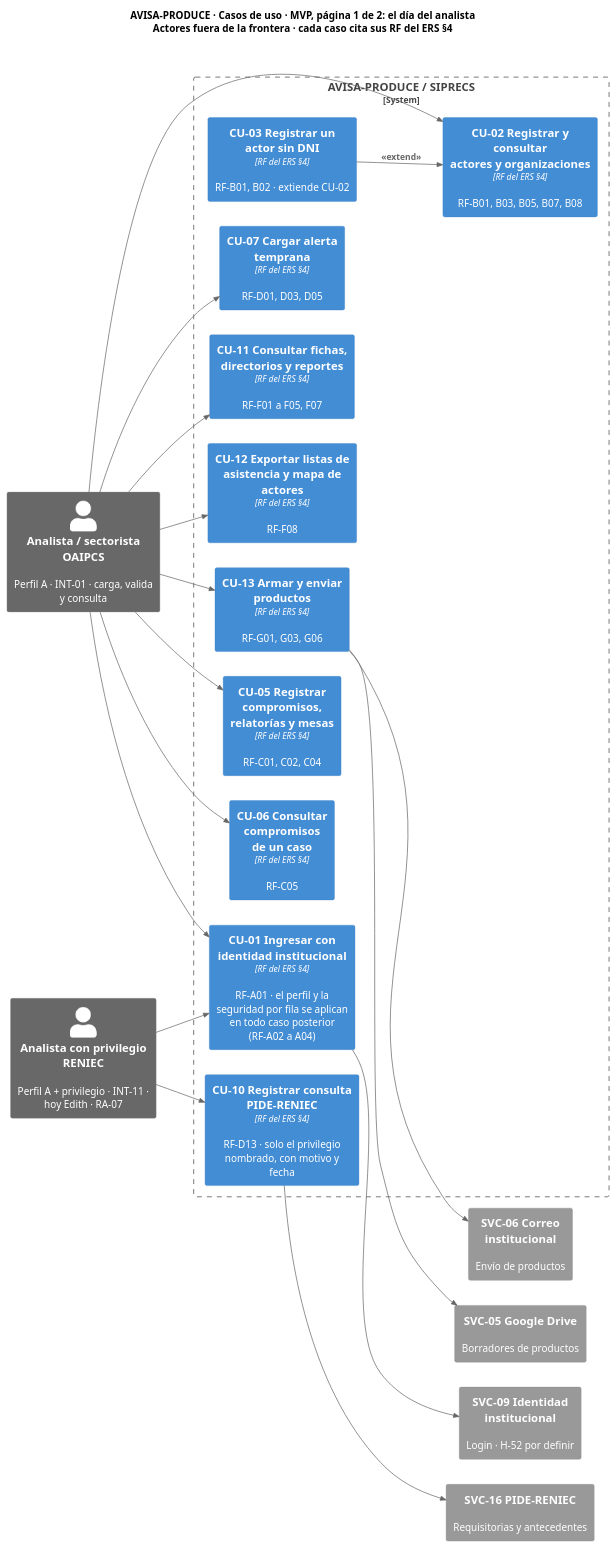
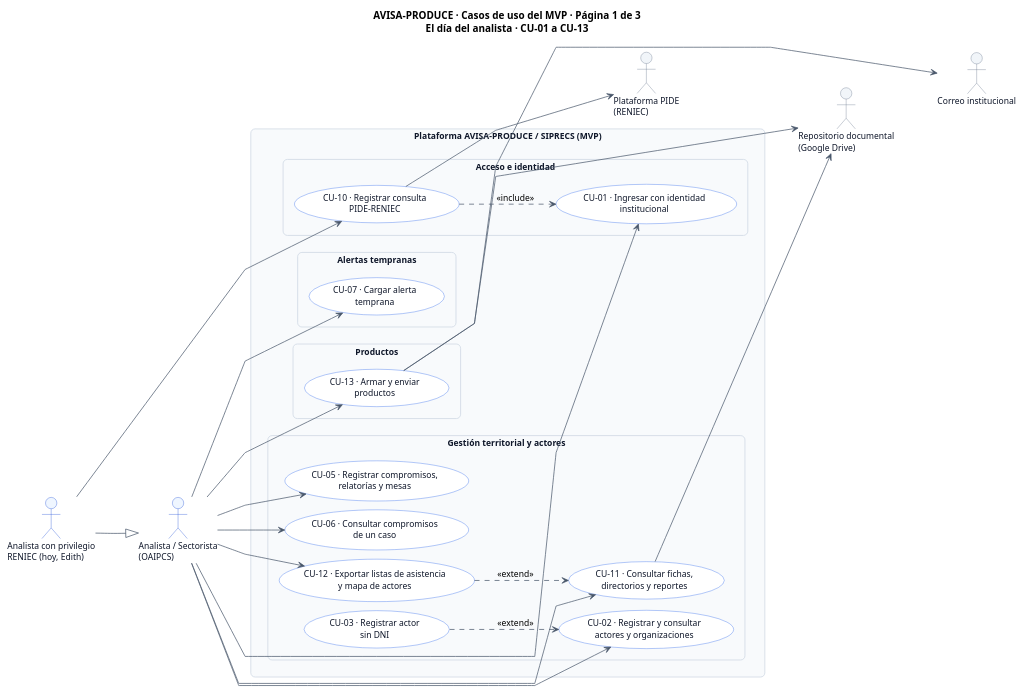
One commit to diegopaucarv/avisa changed the first of 3 diagrams in docs/casos_uso/AVISA_CASOS_USO.puml. Above: the diagram before and after it, drawn with PlantUML. The commit also changed other lines of this file and 32 other files, not shown here.

```diff
--- a/docs/casos_uso/AVISA_CASOS_USO.puml
+++ b/docs/casos_uso/AVISA_CASOS_USO.puml
@@ -36,50 +22,125 @@
 @startuml AVISA_CU_MVP_DIA
-!include <C4/C4_Container>
-LAYOUT_LEFT_RIGHT()
-HIDE_STEREOTYPE()
+left to right direction
 skinparam shadowing false
+skinparam roundcorner 12
+skinparam linetype polyline
+skinparam packageStyle rectangle
+skinparam defaultFontName Arial
+skinparam defaultFontSize 12
+skinparam nodesep 12
+skinparam ranksep 60
 
-title AVISA-PRODUCE · Casos de uso · MVP, página 1 de 2: el día del analista\nActores fuera de la frontera · cada caso cita sus RF del ERS §4
-
-' ACTORES (personas, externas al sistema)
-Person_Ext(analista, "Analista / sectorista OAIPCS", "Perfil A · INT-01 · carga, valida y consulta")
-Person_Ext(reniec, "Analista con privilegio RENIEC", "Perfil A + privilegio · INT-11 · hoy Edith · RA-07")
-
-' FRONTERA DEL SISTEMA
-System_Boundary(sis, "AVISA-PRODUCE / SIPRECS") {
-  Container(cu01, "CU-01 Ingresar con\nidentidad institucional", "RF del ERS §4", "RF-A01 · el perfil y la seguridad por fila se aplican en todo caso posterior (RF-A02 a A04)")
-  Container(cu02, "CU-02 Registrar y consultar\nactores y organizaciones", "RF del ERS §4", "RF-B01, B03, B05, B07, B08")
-  Container(cu03, "CU-03 Registrar un\nactor sin DNI", "RF del ERS §4", "RF-B01, B02 · extiende CU-02")
-  Container(cu05, "CU-05 Registrar compromisos,\nrelatorías y mesas", "RF del ERS §4", "RF-C01, C02, C04")
-  Container(cu06, "CU-06 Consultar compromisos\nde un caso", "RF del ERS §4", "RF-C05")
-  Container(cu07, "CU-07 Cargar alerta temprana", "RF del ERS §4", "RF-D01, D03, D05")
-  Container(cu10, "CU-10 Registrar consulta\nPIDE-RENIEC", "RF del ERS §4", "RF-D13 · solo el privilegio nombrado, con motivo y fecha")
-  Container(cu11, "CU-11 Consultar fichas,\ndirectorios y reportes", "RF del ERS §4", "RF-F01 a F05, F07")
-  Container(cu12, "CU-12 Exportar listas de\nasistencia y mapa de actores", "RF del ERS §4", "RF-F08")
-  Container(cu13, "CU-13 Armar y enviar productos", "RF del ERS §4", "RF-G01, G03, G06")
+skinparam rectangle {
+  BackgroundColor #FFFFFF
+  BorderColor #64748B
+  FontColor #0F172A
+  FontStyle bold
+}
+skinparam package {
+  BackgroundColor #F8FAFC
+  BorderColor #CBD5E1
+  BorderStyle dashed
+  FontColor #475569
+  FontStyle bold
+}
+skinparam usecase {
+  BackgroundColor #FFFFFF
+  BorderColor #2563EB
+  FontColor #0F172A
+  ArrowColor #475569
+}
+skinparam actor {
+  BackgroundColor #EFF6FF
+  BorderColor #1D4ED8
+  FontColor #0F172A
 }
 
-' ACTORES SECUNDARIOS (servicios)
-System_Ext(svc09, "SVC-09 Identidad institucional", "Login · H-52 por definir")
-System_Ext(svc16, "SVC-16 PIDE-RENIEC", "Requisitorias y antecedentes")
-System_Ext(svc05, "SVC-05 Google Drive", "Borradores de productos")
-System_Ext(svc06, "SVC-06 Correo institucional", "Envío de productos")
+title AVISA-PRODUCE · Casos de uso del MVP · Página 1 de 3\nEl día del analista · CU-01 a CU-13
 
-' ASOCIACIONES
-Rel(analista, cu01, "")
-Rel(reniec, cu01, "")
-Rel(analista, cu02, "")
-Rel(analista, cu05, "")
-Rel(analista, cu06, "")
-Rel(analista, cu07, "")
-Rel(analista, cu11, "")
-Rel(analista, cu12, "")
-Rel(analista, cu13, "")
-Rel(reniec, cu10, "")
+' =========================================================
+' 1. ACTORES PRIMARIOS (Izquierda)
+' =========================================================
+actor "Analista / Sectorista\n(OAIPCS)" as analista #EFF6FF;line:1D4ED8
+actor "Analista con privilegio\nRENIEC (hoy, Edith)" as reniec #EFF6FF;line:1D4ED8
 
-Rel(cu03, cu02, "«extend»")
-Rel(cu01, svc09, "")
-Rel(cu10, svc16, "")
-Rel(cu13, svc05, "")
-Rel(cu13, svc06, "")
+' Herencia de roles: un solo CU-01 sirve a todos los perfiles
+reniec --|> analista
+
+reniec -[hidden]down-> analista
+
+' =========================================================
+' 2. FRONTERA DEL SISTEMA
+' =========================================================
+rectangle "Plataforma AVISA-PRODUCE / SIPRECS (MVP)" {
+
+  package "Acceso e identidad" {
+    usecase "CU-01 · Ingresar con identidad\ninstitucional" as uc_login
+    usecase "CU-10 · Registrar consulta\nPIDE-RENIEC" as uc_pide
+  }
+
+  package "Gestión territorial y actores" {
+    usecase "CU-02 · Registrar y consultar\nactores y organizaciones" as uc_actores
+    usecase "CU-03 · Registrar actor\nsin DNI" as uc_sin_dni
+    usecase "CU-05 · Registrar compromisos,\nrelatorías y mesas" as uc_compromisos
+    usecase "CU-06 · Consultar compromisos\nde un caso" as uc_cons_comp
+    usecase "CU-11 · Consultar fichas,\ndirectorios y reportes" as uc_reportes
+    usecase "CU-12 · Exportar listas de asistencia\ny mapa de actores" as uc_exportar
+  }
+
+  package "Alertas tempranas" {
+    usecase "CU-07 · Cargar alerta\ntemprana" as uc_alerta
+  }
+
+  package "Productos" {
+    usecase "CU-13 · Armar y enviar\nproductos" as uc_productos
+  }
+}
+
+' =========================================================
+' 3. SISTEMAS EXTERNOS QUE ESTA LÁMINA USA
+' =========================================================
+actor "Plataforma PIDE\n(RENIEC)" as sys_pide #F1F5F9;line:64748B
+actor "Repositorio documental\n(Google Drive)" as sys_drive #F1F5F9;line:64748B
+actor "Correo institucional" as sys_mail #F1F5F9;line:64748B
+
+sys_pide -[hidden]down-> sys_drive
+sys_drive -[hidden]down-> sys_mail
+
+' =========================================================
+' 4. RELACIONES ACTOR → CASO
+' =========================================================
+analista --> uc_login
+reniec --> uc_pide
+
+analista --> uc_actores
+analista --> uc_compromisos
+analista --> uc_cons_comp
+analista --> uc_reportes
+analista --> uc_exportar
+analista --> uc_alerta
+analista --> uc_productos
+
+' =========================================================
+' 5. RELACIONES ENTRE CASOS
+' =========================================================
+uc_sin_dni ..> uc_actores : <<extend>>
+uc_exportar ..> uc_reportes : <<extend>>
+uc_pide ..> uc_login : <<include>>
+
+' =========================================================
+' 6. INTEGRACIONES EXTERNAS
+' =========================================================
+uc_pide --> sys_pide
+uc_reportes --> sys_drive
+uc_productos --> sys_drive
+uc_productos --> sys_mail
+
+' =========================================================
+' 7. CONTROLES TRANSVERSALES (no son casos de uso · ERS §3.4)
+' =========================================================
+
+
+
+
+
 @enduml
```
